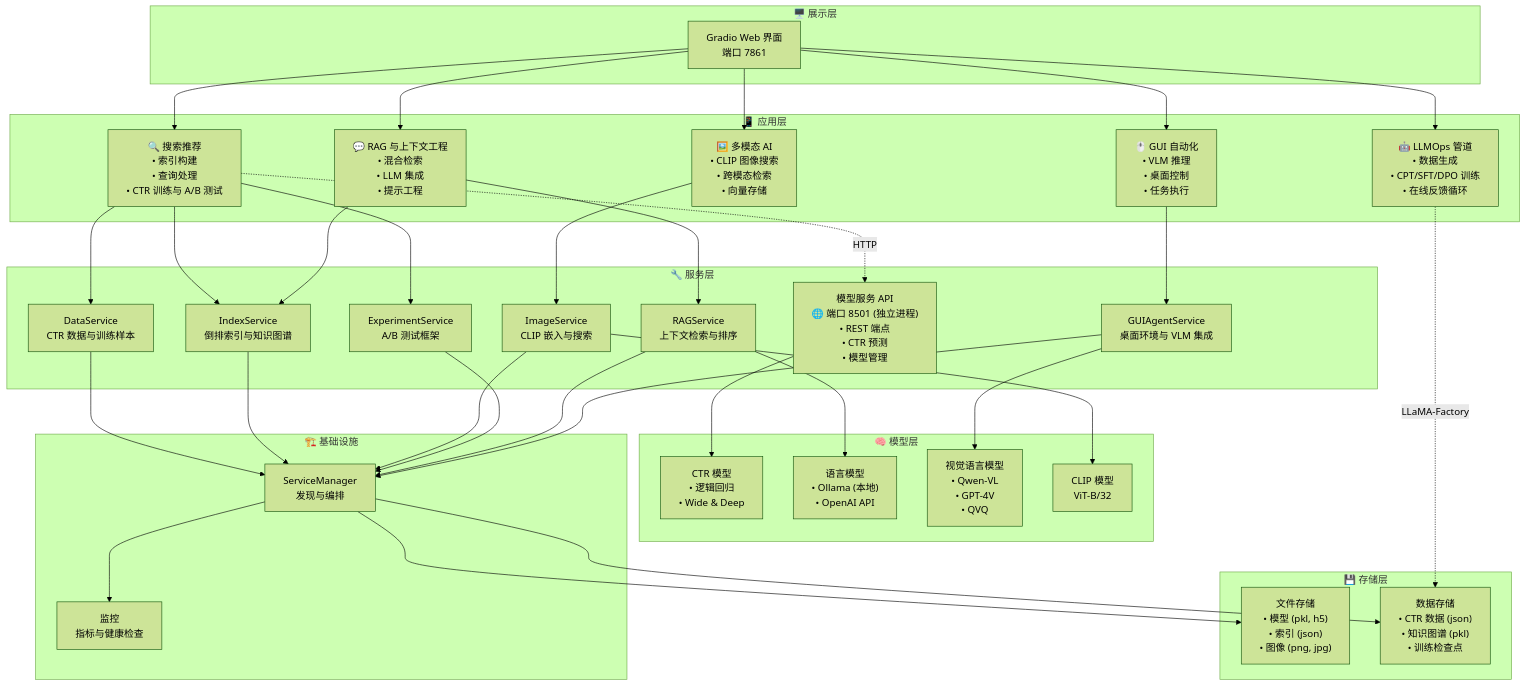
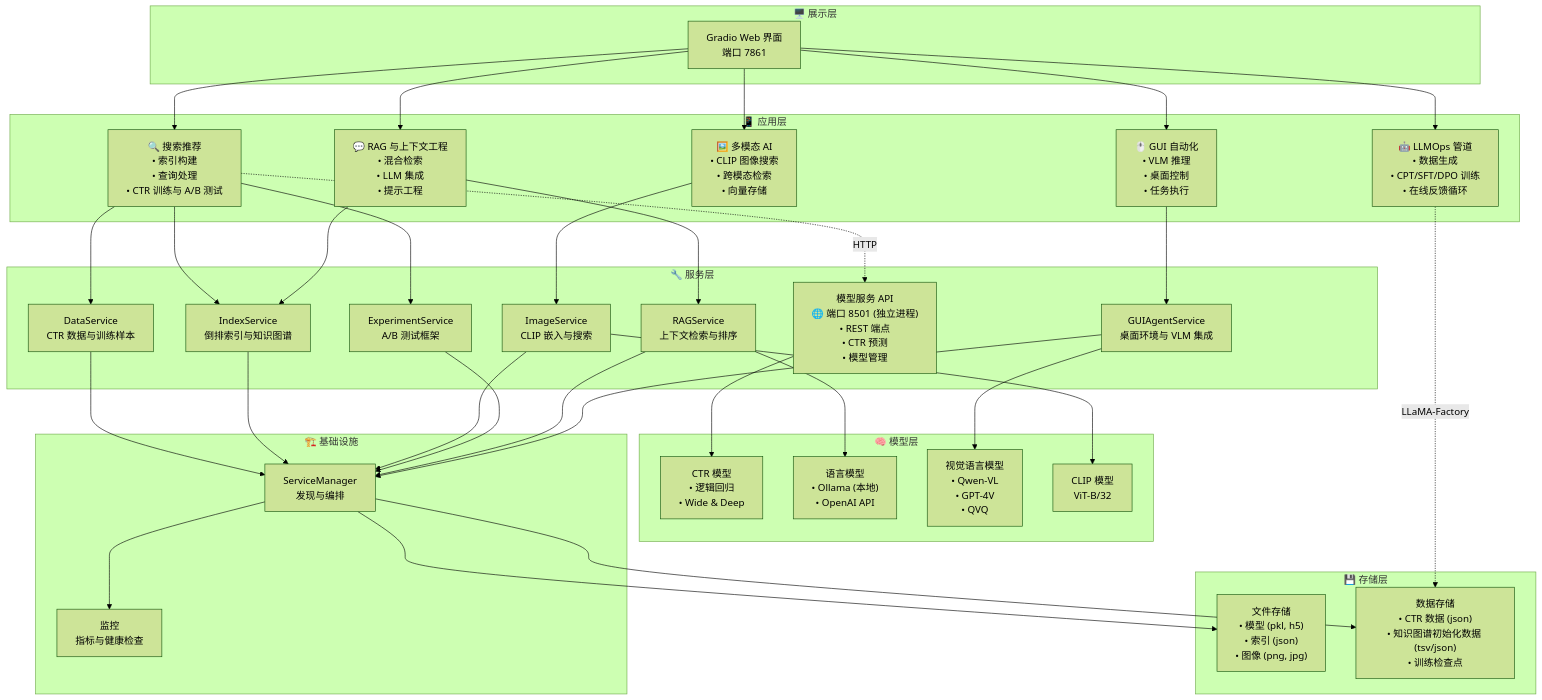
Before and after one commit to tylerelyt/test_bed: the first of 6 diagrams in README_zh.md, drawn with Mermaid (forest theme). The commit also changed other lines of this file and 11 other files, not shown here.

First line of the commit message:
feat: migrate knowledge graph workflow to JanusGraph with controlled NER ingestion

````diff
--- a/README_zh.md
+++ b/README_zh.md
@@ -355,77 +362,77 @@
 ```mermaid
 graph TB
     subgraph "🖥️ 展示层"
         WebUI["Gradio Web 界面<br/>端口 7861"]
     end
     
     subgraph "📱 应用层"
         Search["🔍 搜索推荐<br/>• 索引构建<br/>• 查询处理<br/>• CTR 训练与 A/B 测试"]
         LLMOps["🤖 LLMOps 管道<br/>• 数据生成<br/>• CPT/SFT/DPO 训练<br/>• 在线反馈循环"]
         RAG["💬 RAG 与上下文工程<br/>• 混合检索<br/>• LLM 集成<br/>• 提示工程"]
         MultiModal["🖼️ 多模态 AI<br/>• CLIP 图像搜索<br/>• 跨模态检索<br/>• 向量存储"]
         GUIAgent["🖱️ GUI 自动化<br/>• VLM 推理<br/>• 桌面控制<br/>• 任务执行"]
     end
     
     subgraph "🔧 服务层"
         DataSvc["DataService<br/>CTR 数据与训练样本"]
         IndexSvc["IndexService<br/>倒排索引与知识图谱"]
         ModelAPI["模型服务 API<br/>🌐 端口 8501 (独立进程)<br/>• REST 端点<br/>• CTR 预测<br/>• 模型管理"]
         ImageSvc["ImageService<br/>CLIP 嵌入与搜索"]
         ExpSvc["ExperimentService<br/>A/B 测试框架"]
         RAGSvc["RAGService<br/>上下文检索与排序"]
         AgentSvc["GUIAgentService<br/>桌面环境与 VLM 集成"]
     end
     
     subgraph "🧠 模型层"
         CTRModels["CTR 模型<br/>• 逻辑回归<br/>• Wide & Deep"]
         LLMs["语言模型<br/>• Ollama (本地)<br/>• OpenAI API"]
         VLMs["视觉语言模型<br/>• Qwen-VL<br/>• GPT-4V<br/>• QVQ"]
         CLIP["CLIP 模型<br/>ViT-B/32"]
     end
     
     subgraph "💾 存储层"
         FileStore["文件存储<br/>• 模型 (pkl, h5)<br/>• 索引 (json)<br/>• 图像 (png, jpg)"]
-        DataStore["数据存储<br/>• CTR 数据 (json)<br/>• 知识图谱 (pkl)<br/>• 训练检查点"]
+        DataStore["数据存储<br/>• CTR 数据 (json)<br/>• 知识图谱初始化数据 (tsv/json)<br/>• 训练检查点"]
     end
     
     subgraph "🏗️ 基础设施"
         ServiceMgr["ServiceManager<br/>发现与编排"]
         Monitor["监控<br/>指标与健康检查"]
     end
     
     WebUI --> Search
     WebUI --> LLMOps
     WebUI --> RAG
     WebUI --> MultiModal
     WebUI --> GUIAgent
     
     Search --> DataSvc
     Search --> IndexSvc
     Search --> ExpSvc
     Search -.HTTP.-> ModelAPI
     
     LLMOps -.LLaMA-Factory.-> DataStore
     
     RAG --> RAGSvc
     RAG --> IndexSvc
     
     MultiModal --> ImageSvc
     
     GUIAgent --> AgentSvc
     
     DataSvc --> ServiceMgr
     IndexSvc --> ServiceMgr
     ImageSvc --> ServiceMgr
     ExpSvc --> ServiceMgr
     RAGSvc --> ServiceMgr
     AgentSvc --> ServiceMgr
     
     ModelAPI --> CTRModels
     RAGSvc --> LLMs
     AgentSvc --> VLMs
     ImageSvc --> CLIP
     
     ServiceMgr --> FileStore
     ServiceMgr --> DataStore
     ServiceMgr --> Monitor
 ```
````
